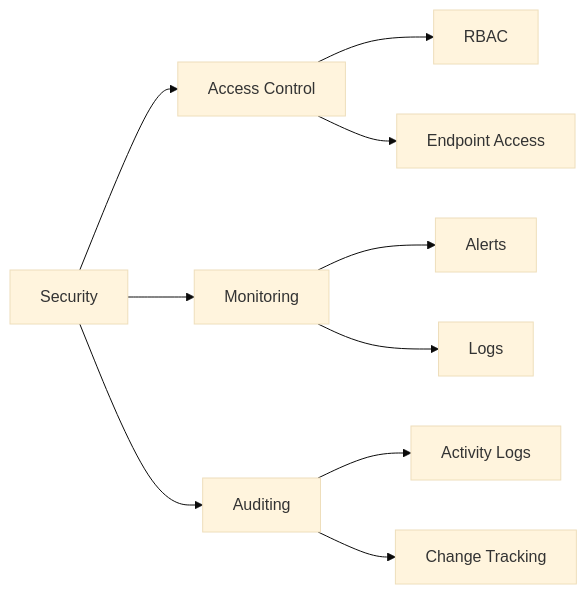
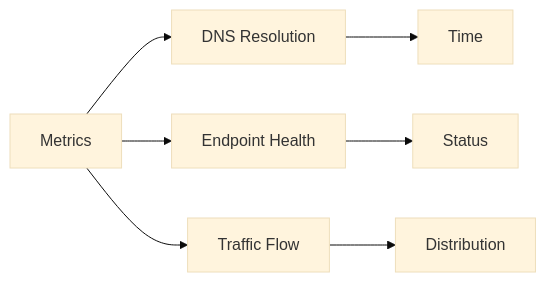
Before and after one commit to saravanakumarrc/Architecture_Journey: diagram 11 of 14 in src/azure/az-104/Traffic_Manager.md, drawn with Mermaid (base theme). The commit also changed other lines of this file and 6 other files, not shown here.

````diff
--- a/src/azure/az-104/Traffic_Manager.md
+++ b/src/azure/az-104/Traffic_Manager.md
@@ -193,15 +184,10 @@
 ```mermaid
 graph LR
-    A[Security] --> B[Access Control]
-    A --> C[Monitoring]
-    A --> D[Auditing]
+    A[Metrics] --> B[DNS Resolution]
+    A --> C[Endpoint Health]
+    A --> D[Traffic Flow]
     
-    B --> E[RBAC]
-    B --> F[Endpoint Access]
-    
-    C --> G[Alerts]
-    C --> H[Logs]
-    
-    D --> I[Activity Logs]
-    D --> J[Change Tracking]
+    B --> E[Time]
+    C --> F[Status]
+    D --> G[Distribution]
 ```
````
